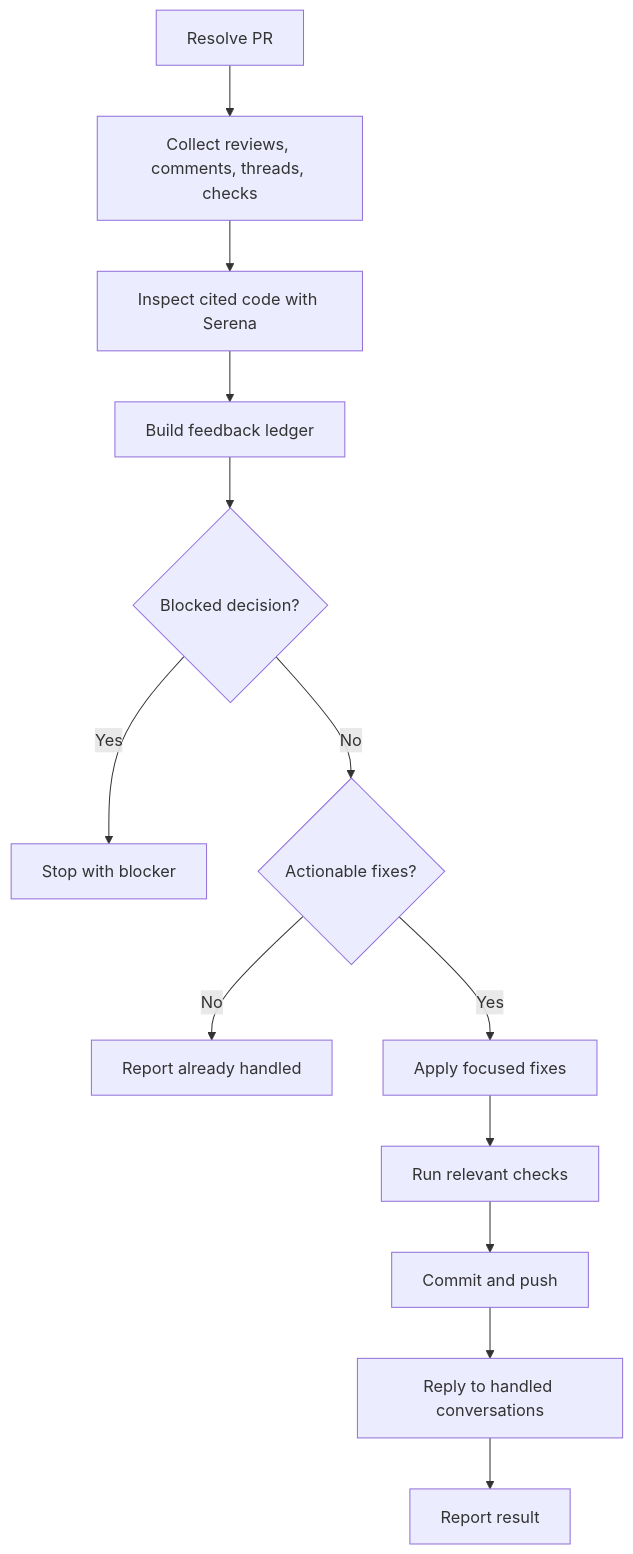
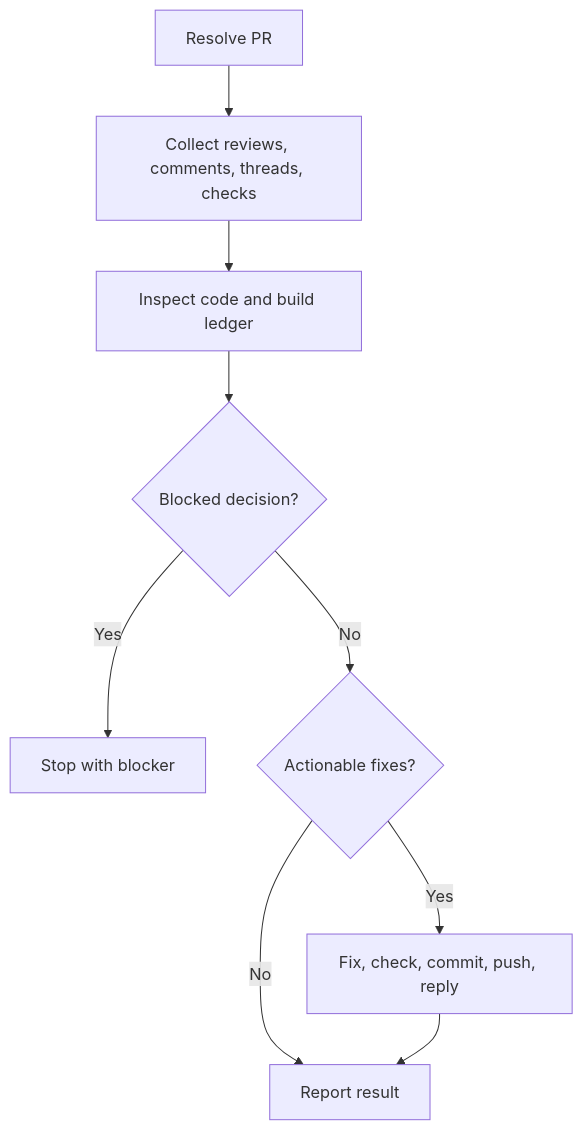
One commit to mvagnon/plan-based-agentic-workflow changed the diagram in skills/fix-pr/SKILL.md. Above: the diagram before and after it, drawn with Mermaid. The commit also changed other lines of this file and 14 other files, not shown here.

````diff
--- a/skills/fix-pr/SKILL.md
+++ b/skills/fix-pr/SKILL.md
@@ -20,15 +20,11 @@
 ```mermaid
 flowchart TD
   A[Resolve PR] --> B[Collect reviews, comments, threads, checks]
-  B --> C[Inspect cited code with Serena]
-  C --> D[Build feedback ledger]
-  D --> E{Blocked decision?}
-  E -->|Yes| F[Stop with blocker]
-  E -->|No| G{Actionable fixes?}
-  G -->|No| H[Report already handled]
-  G -->|Yes| I[Apply focused fixes]
-  I --> J[Run relevant checks]
-  J --> K[Commit and push]
-  K --> L[Reply to handled conversations]
-  L --> M[Report result]
+  B --> C[Inspect code and build ledger]
+  C --> D{Blocked decision?}
+  D -->|Yes| E[Stop with blocker]
+  D -->|No| F{Actionable fixes?}
+  F -->|No| I[Report result]
+  F -->|Yes| H[Fix, check, commit, push, reply]
+  H --> I[Report result]
 ```
````
